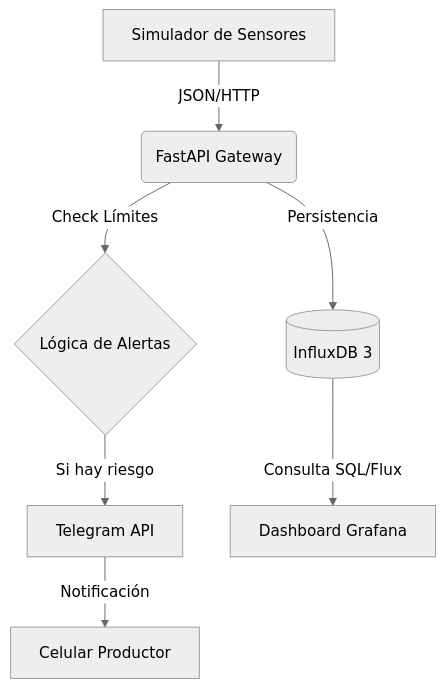
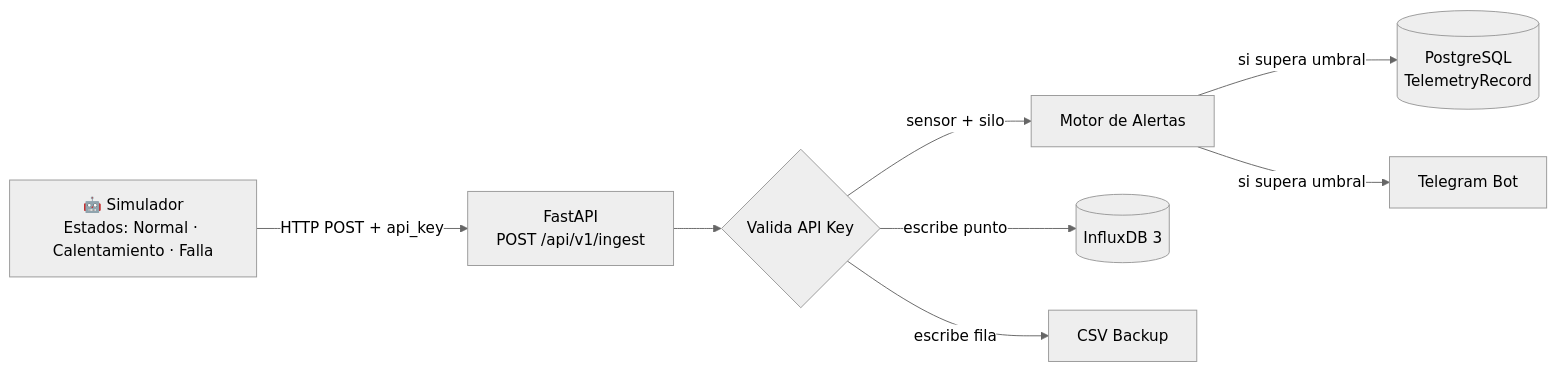
The second of 2 diagrams in README.md (alejandro-decaroli/guardian_silo_bolsa), drawn with Mermaid (neutral theme) before and after one commit. The commit also changed other lines of this file and 17 other files, not shown here.

````diff
--- a/README.md
+++ b/README.md
@@ -26,9 +86,19 @@
 ```mermaid
-graph TD
-    A[Simulador de Sensores] -->|JSON/HTTP| B(FastAPI Gateway)
-    B -->|Persistencia| C[(InfluxDB 3)]
-    B -->|Check Límites| D{Lógica de Alertas}
-    D -->|Si hay riesgo| E[Telegram API]
-    C -->|Consulta SQL/Flux| F[Dashboard Grafana]
-    E -->|Notificación| G[Celular Productor]
+graph LR
+    SIM[🤖 Simulador\nEstados: Normal · Calentamiento · Falla]
+    API[FastAPI\nPOST /api/v1/ingest]
+    AUTH{Valida API Key}
+    ALERT[Motor de Alertas]
+    IF[(InfluxDB 3)]
+    CSV[CSV Backup]
+    PG[(PostgreSQL\nTelemetryRecord)]
+    TG[Telegram Bot]
+
+    SIM -->|HTTP POST + api_key| API
+    API --> AUTH
+    AUTH -->|sensor + silo| ALERT
+    ALERT -->|si supera umbral| PG
+    ALERT -->|si supera umbral| TG
+    AUTH -->|escribe punto| IF
+    AUTH -->|escribe fila| CSV
 ```
````
